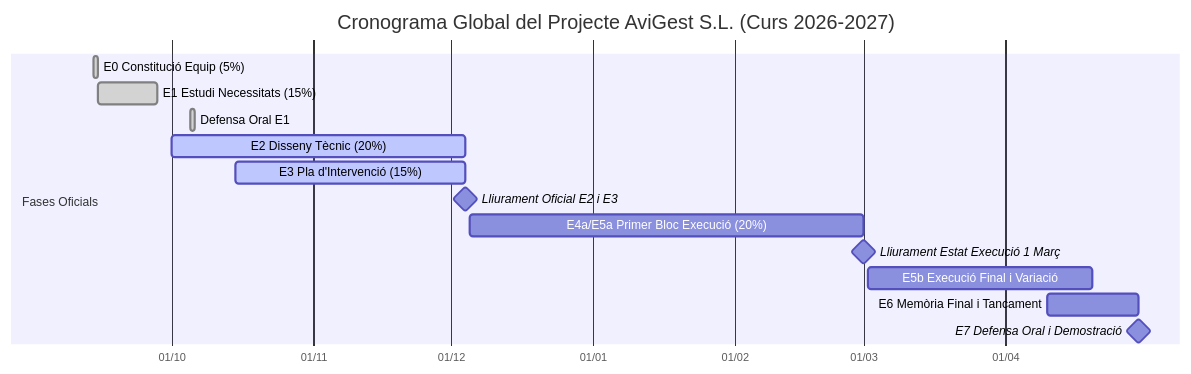
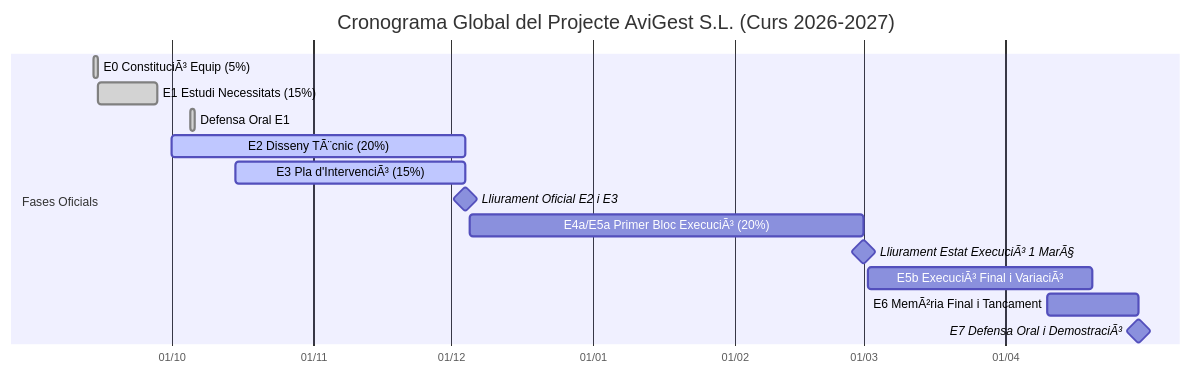
Before and after one commit to JoanGarcia25/avigest-projecte: the fourth of 4 diagrams in docs/E2_disseny_tecnic/E2_document_disseny_tecnic.md, drawn with Mermaid. The commit also changed other lines of this file and 46 other files, not shown here.

````diff
--- a/docs/E2_disseny_tecnic/E2_document_disseny_tecnic.md
+++ b/docs/E2_disseny_tecnic/E2_document_disseny_tecnic.md
@@ -579,18 +579,18 @@
 ```mermaid
 gantt
     title Cronograma Global del Projecte AviGest S.L. (Curs 2026-2027)
     dateFormat  YYYY-MM-DD
     axisFormat  %d/%m
     section Fases Oficials
-    E0 Constitució Equip (5%)         :done, e0, 2026-09-14, 1d
+    E0 ConstituciÃ³ Equip (5%)         :done, e0, 2026-09-14, 1d
     E1 Estudi Necessitats (15%)       :done, e1, 2026-09-15, 2026-09-28
     Defensa Oral E1                   :done, def1, 2026-10-05, 1d
-    E2 Disseny Tècnic (20%)           :active, e2, 2026-10-01, 2026-12-04
-    E3 Pla d'Intervenció (15%)        :active, e3, 2026-10-15, 2026-12-04
+    E2 Disseny TÃ¨cnic (20%)           :active, e2, 2026-10-01, 2026-12-04
+    E3 Pla d'IntervenciÃ³ (15%)        :active, e3, 2026-10-15, 2026-12-04
     Lliurament Oficial E2 i E3        :milestone, m_e2e3, 2026-12-04, 0d
-    E4a/E5a Primer Bloc Execució (20%):e45a, 2026-12-05, 2027-03-01
-    Lliurament Estat Execució 1 Març  :milestone, m_mar, 2027-03-01, 0d
-    E5b Execució Final i Variació     :e5b, 2027-03-02, 2027-04-20
-    E6 Memòria Final i Tancament      :e6, 2027-04-10, 2027-04-30
-    E7 Defensa Oral i Demostració     :milestone, m_final, 2027-04-30, 0d
+    E4a/E5a Primer Bloc ExecuciÃ³ (20%):e45a, 2026-12-05, 2027-03-01
+    Lliurament Estat ExecuciÃ³ 1 MarÃ§  :milestone, m_mar, 2027-03-01, 0d
+    E5b ExecuciÃ³ Final i VariaciÃ³     :e5b, 2027-03-02, 2027-04-20
+    E6 MemÃ²ria Final i Tancament      :e6, 2027-04-10, 2027-04-30
+    E7 Defensa Oral i DemostraciÃ³     :milestone, m_final, 2027-04-30, 0d
 ```
````
